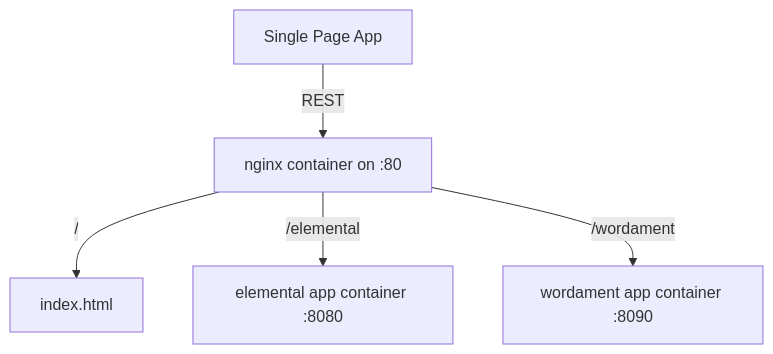
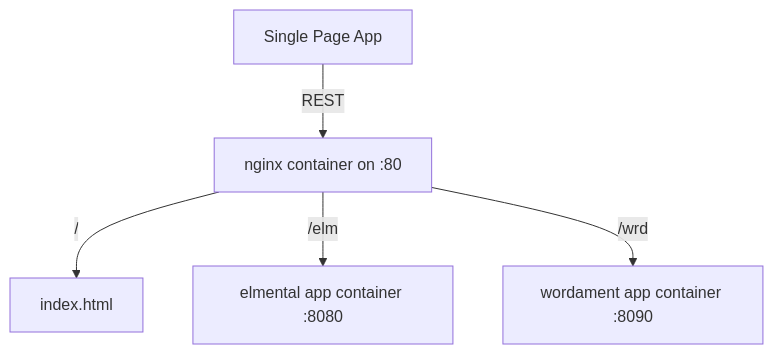
The diagram in README.md (abhinababasu/infra), drawn with Mermaid before and after one commit.

Commit message:
updated redirection paths

````diff
--- a/README.md
+++ b/README.md
@@ -8,8 +8,8 @@
 ```mermaid
 graph TD;
     Web[Single Page App] --> |REST| RevProxy[nginx container on :80];
     RevProxy --> |/| default[index.html];
-    RevProxy --> |/elemental| elemental[elemental app container :8080];
-    RevProxy --> |/wordament| wordament[wordament app container :8090];
+    RevProxy --> |/elm| elm[elmental app container :8080];
+    RevProxy --> |/wrd| wrd[wordament app container :8090];
 
 ```
````
